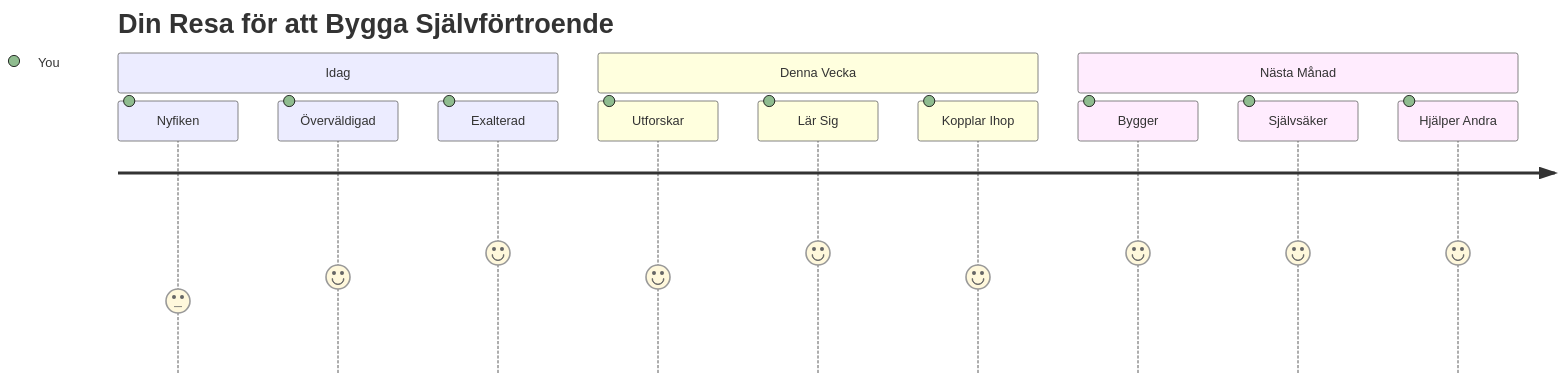
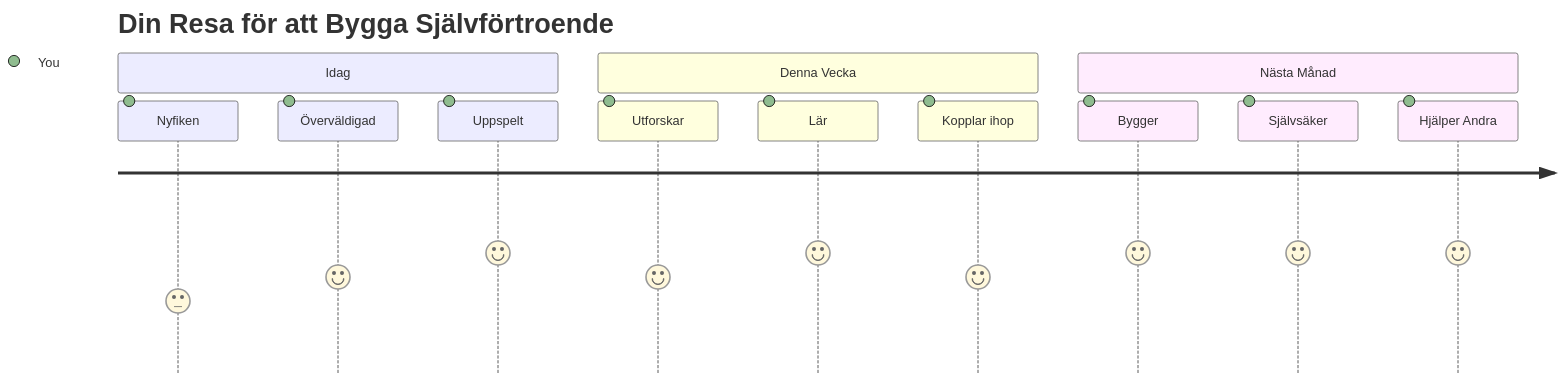
One commit to microsoft/Web-Dev-For-Beginners changed the seventh of 7 diagrams in translations/sv/1-getting-started-lessons/1-intro-to-programming-languages/README.md. Above: the diagram before and after it, drawn with Mermaid. The commit also changed other lines of this file and 11 other files, not shown here.

````diff
--- a/translations/sv/1-getting-started-lessons/1-intro-to-programming-languages/README.md
+++ b/translations/sv/1-getting-started-lessons/1-intro-to-programming-languages/README.md
@@ -831,16 +833,16 @@
 ```mermaid
 journey
     title Din Resa för att Bygga Självförtroende
     section Idag
       Nyfiken: 3: You
       Överväldigad: 4: You
-      Exalterad: 5: You
+      Uppspelt: 5: You
     section Denna Vecka
       Utforskar: 4: You
-      Lär Sig: 5: You
-      Kopplar Ihop: 4: You
+      Lär: 5: You
+      Kopplar ihop: 4: You
     section Nästa Månad
       Bygger: 5: You
       Självsäker: 5: You
       Hjälper Andra: 5: You
 ```
````
